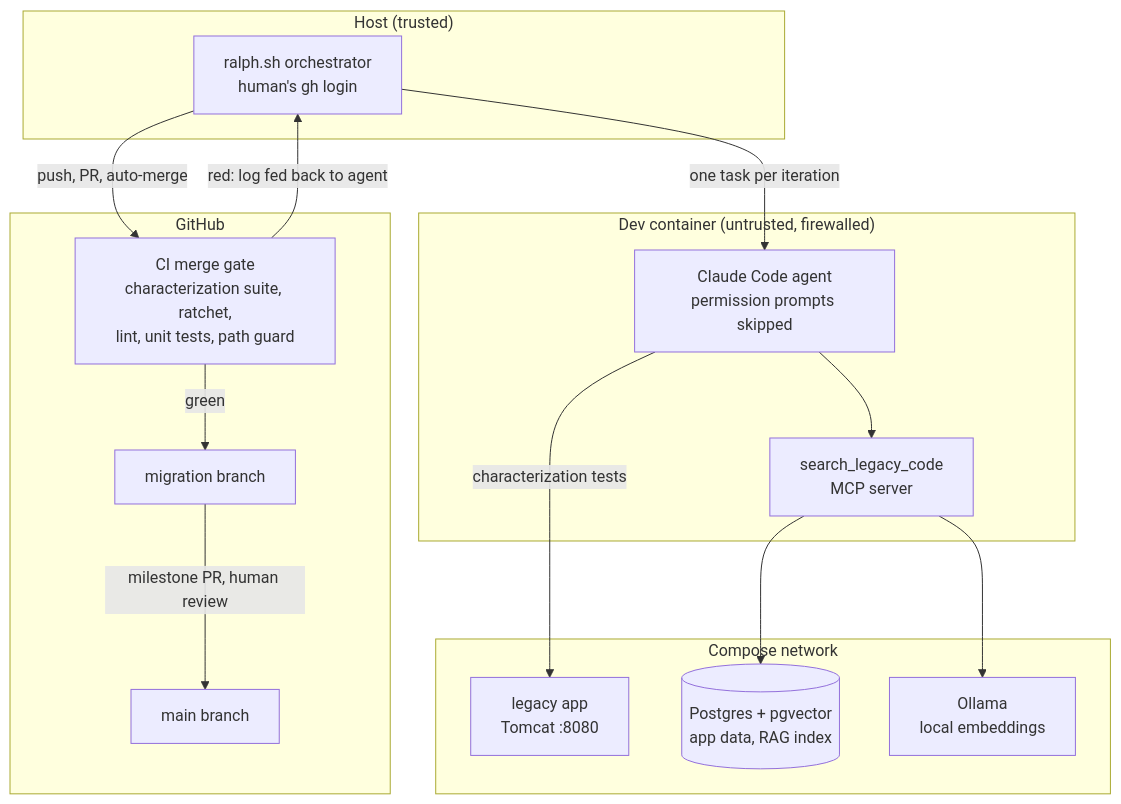
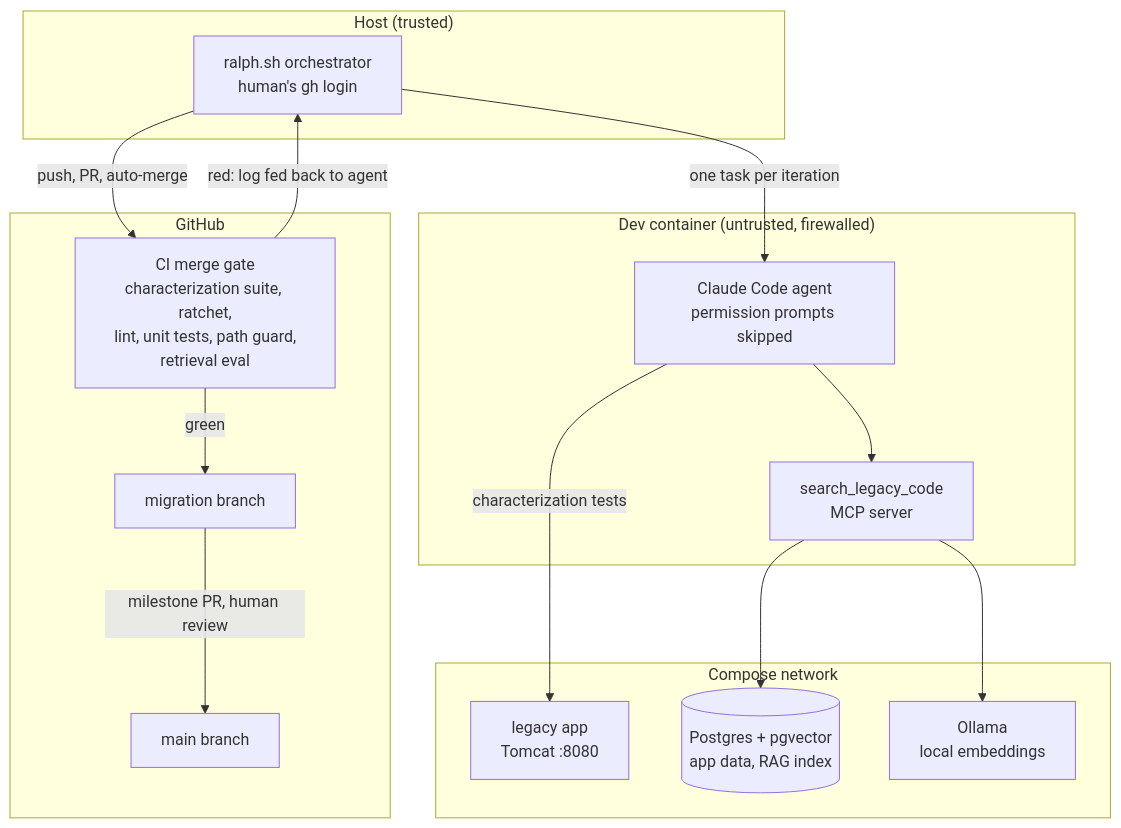
The diagram in README.md (flamewave99/legacy-modernization-agent), drawn with Mermaid before and after one commit. The commit also changed other lines of this file and 3 other files, not shown here.

````diff
--- a/README.md
+++ b/README.md
@@ -26,30 +28,30 @@
 ```mermaid
 flowchart TB
   subgraph host["Host (trusted)"]
     orch["ralph.sh orchestrator<br/>human's gh login"]
   end
   subgraph sandbox["Dev container (untrusted, firewalled)"]
     agent["Claude Code agent<br/>permission prompts skipped"]
     mcp["search_legacy_code<br/>MCP server"]
   end
   subgraph services["Compose network"]
     legacy["legacy app<br/>Tomcat :8080"]
     pg[("Postgres + pgvector<br/>app data, RAG index")]
     ollama["Ollama<br/>local embeddings"]
   end
   subgraph gh["GitHub"]
-    ci["CI merge gate<br/>characterization suite, ratchet,<br/>lint, unit tests, path guard"]
+    ci["CI merge gate<br/>characterization suite, ratchet,<br/>lint, unit tests, path guard,<br/>retrieval eval"]
     migration["migration branch"]
     main["main branch"]
   end
 
   orch -- "one task per iteration" --> agent
   agent --> mcp
   mcp --> pg
   mcp --> ollama
   agent -- "characterization tests" --> legacy
   orch -- "push, PR, auto-merge" --> ci
   ci -- "green" --> migration
   ci -- "red: log fed back to agent" --> orch
   migration -- "milestone PR, human review" --> main
 ```
````
